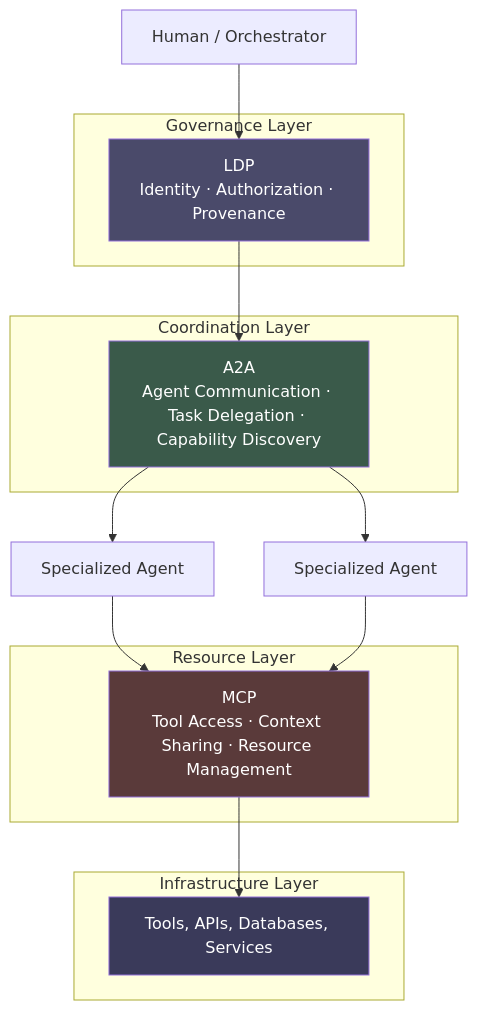
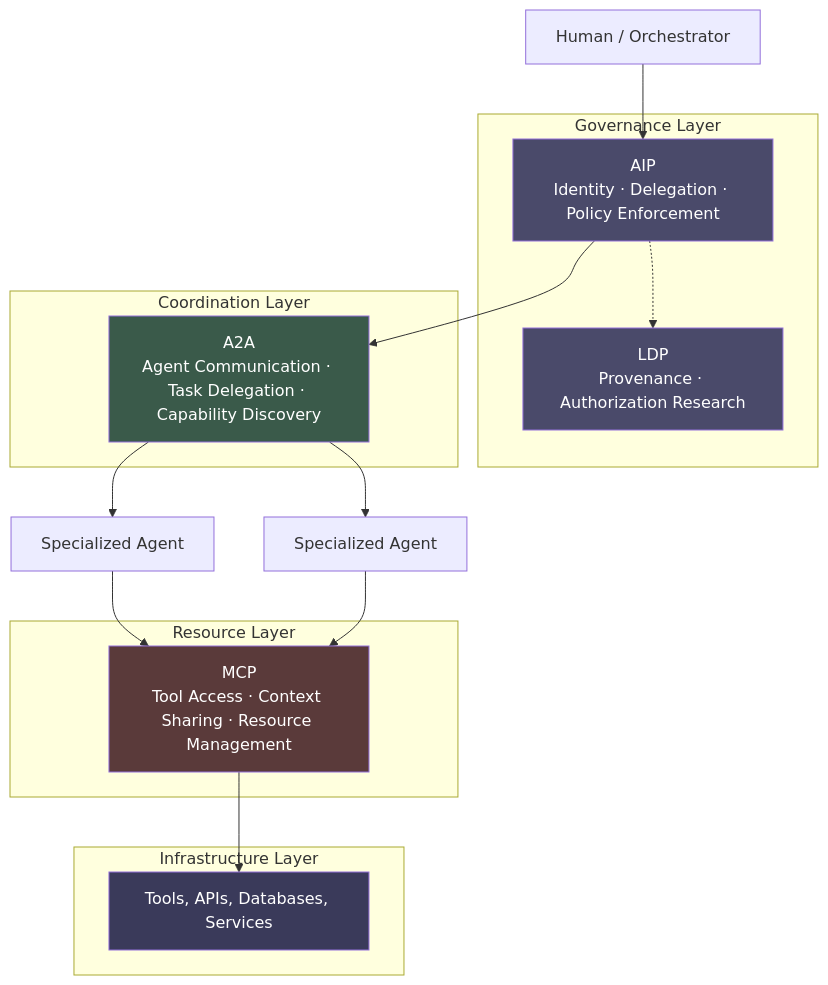
Before and after one commit to sunilp/enterprise-ai: the diagram in content/agentic-strategy/protocol-landscape.md, drawn with Mermaid. The commit also changed other lines of this file and 5 other files, not shown here.

Commit message:
Content refresh: add AIP to protocol landscape, extend related research with current work, cross-link sweep

````diff
--- a/content/agentic-strategy/protocol-landscape.md
+++ b/content/agentic-strategy/protocol-landscape.md
@@ -68,31 +87,34 @@
 ```mermaid
 graph TD
     subgraph "Governance Layer"
-        LDP["LDP<br/>Identity · Authorization · Provenance"]
+        AIP["AIP<br/>Identity · Delegation · Policy Enforcement"]
+        LDP["LDP<br/>Provenance · Authorization Research"]
     end
 
     subgraph "Coordination Layer"
         A2A["A2A<br/>Agent Communication · Task Delegation · Capability Discovery"]
     end
 
     subgraph "Resource Layer"
         MCP["MCP<br/>Tool Access · Context Sharing · Resource Management"]
     end
 
     subgraph "Infrastructure Layer"
         Tools["Tools, APIs, Databases, Services"]
     end
 
-    Human["Human / Orchestrator"] --> LDP
-    LDP --> A2A
+    Human["Human / Orchestrator"] --> AIP
+    AIP --> A2A
+    AIP -.-> LDP
     A2A --> Agent1["Specialized Agent"]
     A2A --> Agent2["Specialized Agent"]
     Agent1 --> MCP
     Agent2 --> MCP
     MCP --> Tools
 
+    style AIP fill:#4a4a6a,color:#fff
     style LDP fill:#4a4a6a,color:#fff
     style A2A fill:#3a5a4a,color:#fff
     style MCP fill:#5a3a3a,color:#fff
     style Tools fill:#3a3a5a,color:#fff
 ```
````
